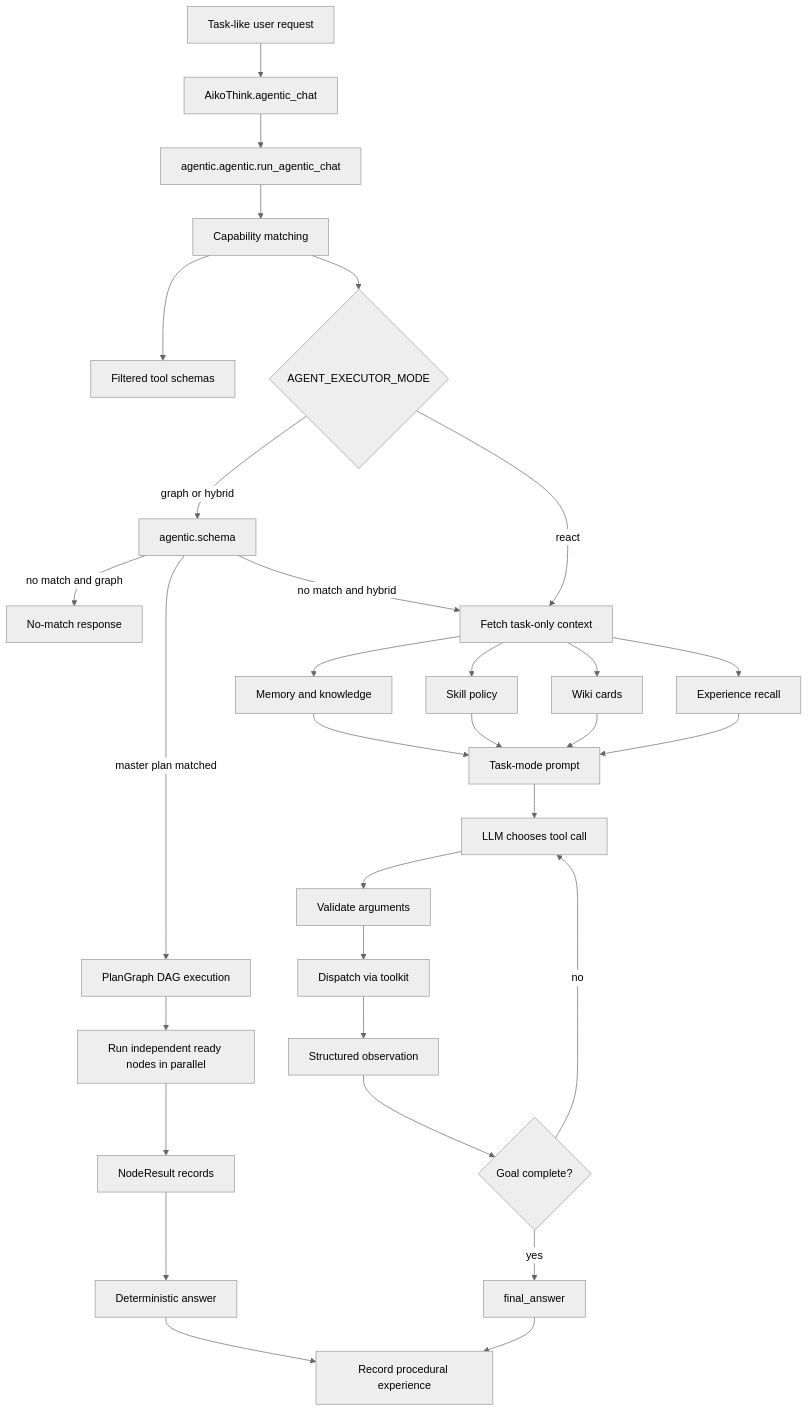
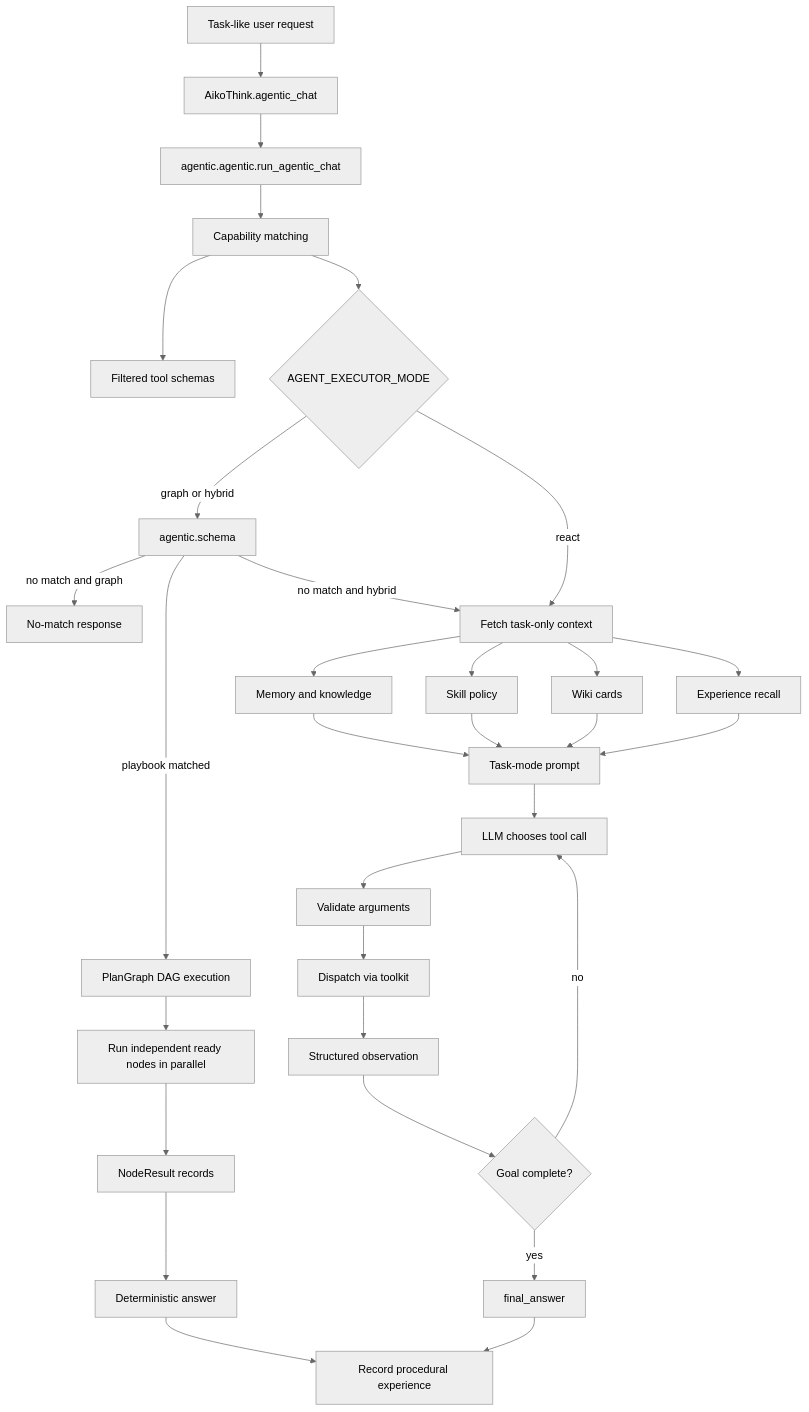
The fifth of 5 diagrams in docs/ARCHITECTURE.md (OppaAI/Aiko-chan), drawn with Mermaid (neutral theme) before and after one commit. The commit also changed other lines of this file and 23 other files, not shown here.

First line of the commit message:
refactor: Rename master-plan terminology to playbook throughout codebase

````diff
--- a/docs/ARCHITECTURE.md
+++ b/docs/ARCHITECTURE.md
@@ -204,33 +204,33 @@
 ```mermaid
 flowchart TD
     TaskInput[Task-like user request] --> Think[AikoThink.agentic_chat]
     Think --> Agent[agentic.agentic.run_agentic_chat]
     Agent --> Caps[Capability matching]
     Caps --> Tools[Filtered tool schemas]
     Caps --> Graph{AGENT_EXECUTOR_MODE}
     Graph -->|graph or hybrid| Schema[agentic.schema]
-    Schema -->|master plan matched| DAG[PlanGraph DAG execution]
+    Schema -->|playbook matched| DAG[PlanGraph DAG execution]
     DAG --> Ready[Run independent ready nodes in parallel]
     Ready --> NodeResults[NodeResult records]
     NodeResults --> GraphAnswer[Deterministic answer]
     GraphAnswer --> Experience[Record procedural experience]
     Schema -->|no match and graph| GraphMiss[No-match response]
     Schema -->|no match and hybrid| Context[Fetch task-only context]
     Graph -->|react| Context
     Context --> Memory[Memory and knowledge]
     Context --> Policy[Skill policy]
     Context --> Wiki[Wiki cards]
     Context --> Past[Experience recall]
     Memory --> Prompt[Task-mode prompt]
     Policy --> Prompt
     Wiki --> Prompt
     Past --> Prompt
     Prompt --> Model[LLM chooses tool call]
     Model --> Validate[Validate arguments]
     Validate --> Dispatch[Dispatch via toolkit]
     Dispatch --> Obs[Structured observation]
     Obs --> Done{Goal complete?}
     Done -->|no| Model
     Done -->|yes| Final[final_answer]
     Final --> Experience
 ```
````
